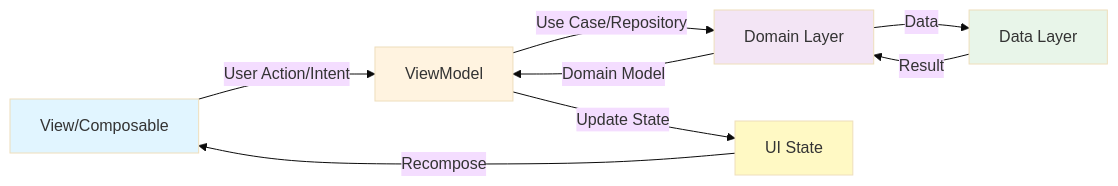
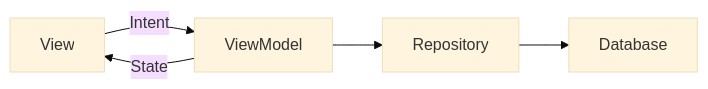
Before and after one commit to khebrati/audiosense: the first of 3 diagrams in ARCHITECTURE.md, drawn with Mermaid (base theme). The commit also changed other lines of this file, not shown here.

Commit message:
Condense architecture doc to under 100 words as requested

````diff
--- a/ARCHITECTURE.md
+++ b/ARCHITECTURE.md
@@ -16,16 +5,7 @@
 ```mermaid
 graph LR
-    A[View/Composable] -->|User Action/Intent| B[ViewModel]
-    B -->|Use Case/Repository| C[Domain Layer]
-    C -->|Data| D[Data Layer]
-    D -->|Result| C
-    C -->|Domain Model| B
-    B -->|Update State| E[UI State]
-    E -->|Recompose| A
-    
-    style A fill:#e1f5ff
-    style B fill:#fff3e0
-    style C fill:#f3e5f5
-    style D fill:#e8f5e9
-    style E fill:#fff9c4
+    A[View] -->|Intent| B[ViewModel]
+    B -->|State| A
+    B --> C[Repository]
+    C --> D[Database]
 ```
````
